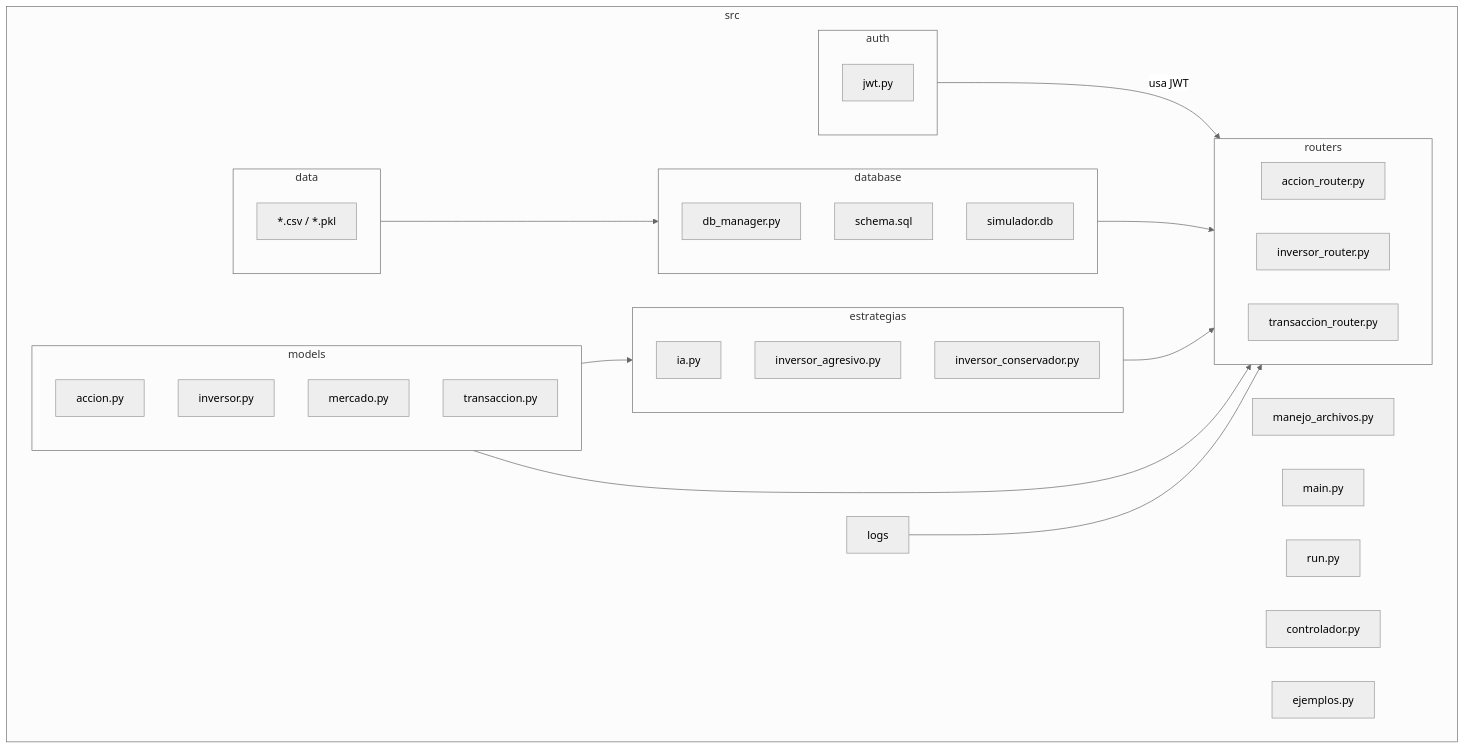
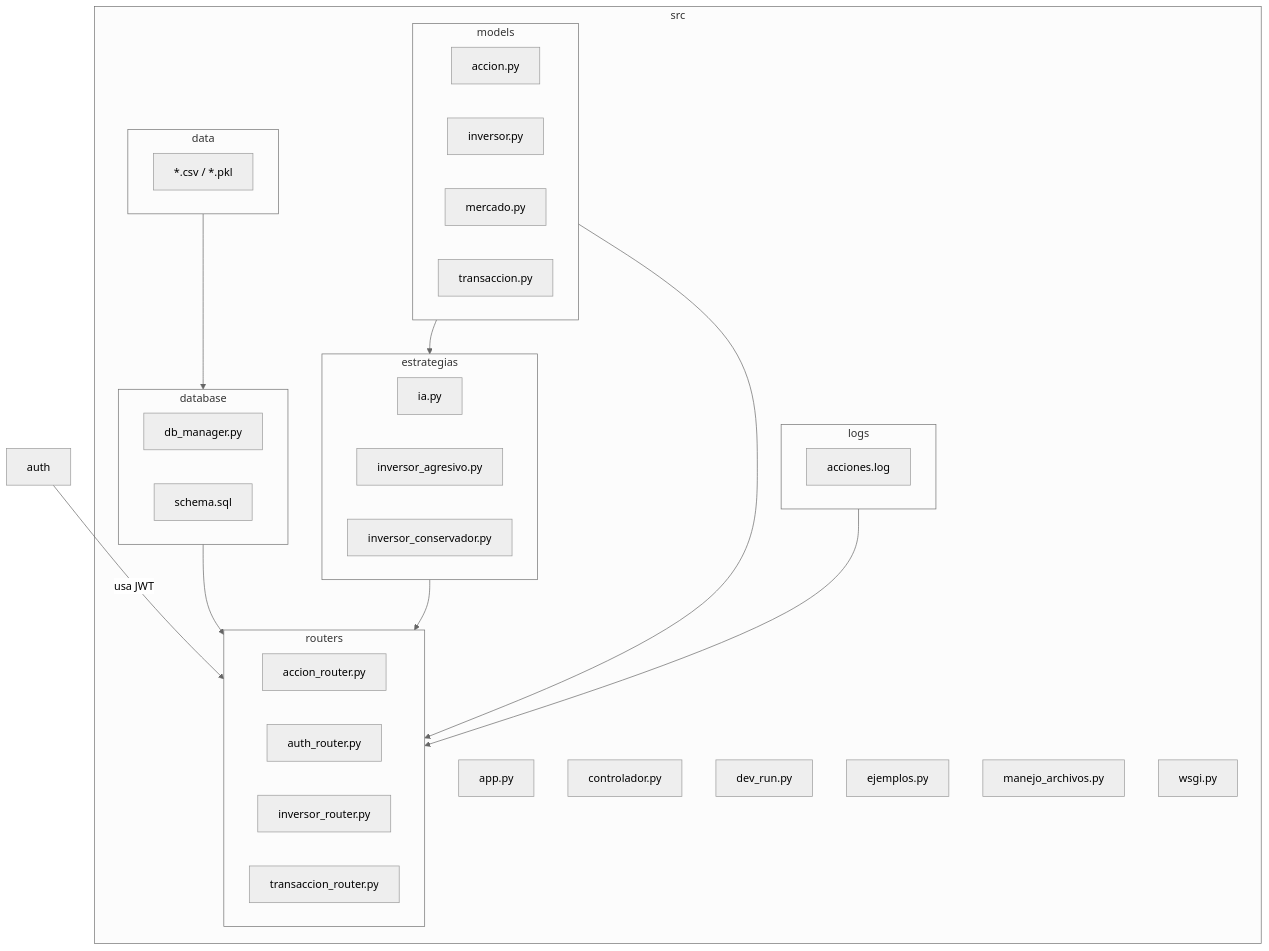
Before and after one commit to NikolasKaplan1/prog2-25-C2: the diagram in README.md, drawn with Mermaid (neutral theme).

Commit message:
estructura final en el diagrama UML

````diff
--- a/README.md
+++ b/README.md
@@ -36,61 +36,63 @@
 ```mermaid
 graph TD
   subgraph src
-    auth["auth"]
     data["data"]
     database["database"]
     estrategias["estrategias"]
     logs["logs"]
     models["models"]
     routers["routers"]
 
+    app["app.py"]
+    controlador["controlador.py"]
+    dev_run["dev_run.py"]
+    ejemplos["ejemplos.py"]
+    ejemplos["ejemplos.py"]
     manejo_archivos["manejo_archivos.py"]
-    main["main.py"]
-    run["run.py"]
-    controlador["controlador.py"]
-    ejemplos["ejemplos.py"]
+    wsgi["wsgi.py"]
   end
 
   auth -->|usa JWT| routers
   data --> database
   database --> routers
   estrategias --> routers
   models --> routers
   models --> estrategias
   logs --> routers
 
-  subgraph auth
-    jwt["jwt.py"]
-  end
 
   subgraph data
     archivos_csv["*.csv / *.pkl"]
   end
 
   subgraph database
     dbmanager["db_manager.py"]
     schema["schema.sql"]
-    db["simulador.db"]
   end
 
   subgraph estrategias
     ia["ia.py"]
     inv_agresivo["inversor_agresivo.py"]
     inv_conservador["inversor_conservador.py"]
+  end
+
+  subgraph logs
+    acciones["acciones.log"]
   end
 
   subgraph models
     accion["accion.py"]
     inversor["inversor.py"]
     mercado["mercado.py"]
     transaccion["transaccion.py"]
     models["models.py"]
   end
 
   subgraph routers
     acc_router["accion_router.py"]
+    auth_router["auth_router.py"]
     inv_router["inversor_router.py"]
     trans_router["transaccion_router.py"]
   end
 
 ```
````
